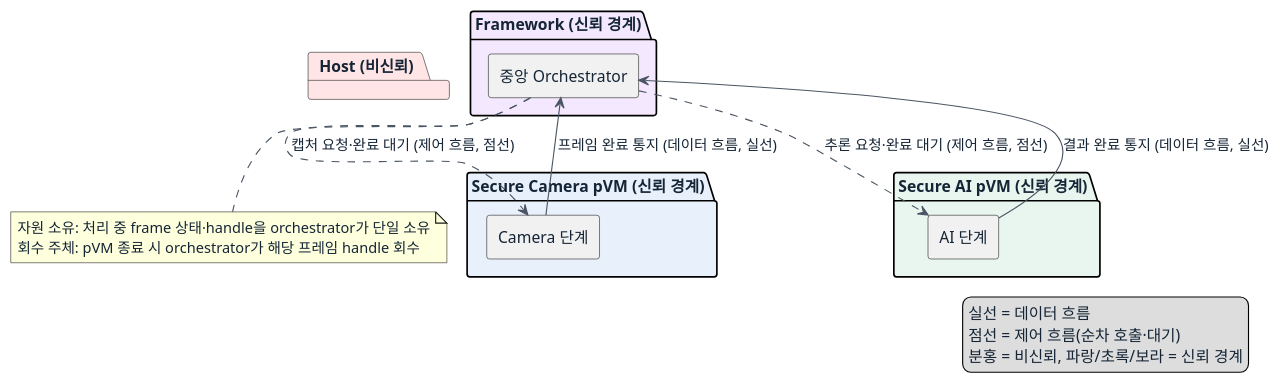
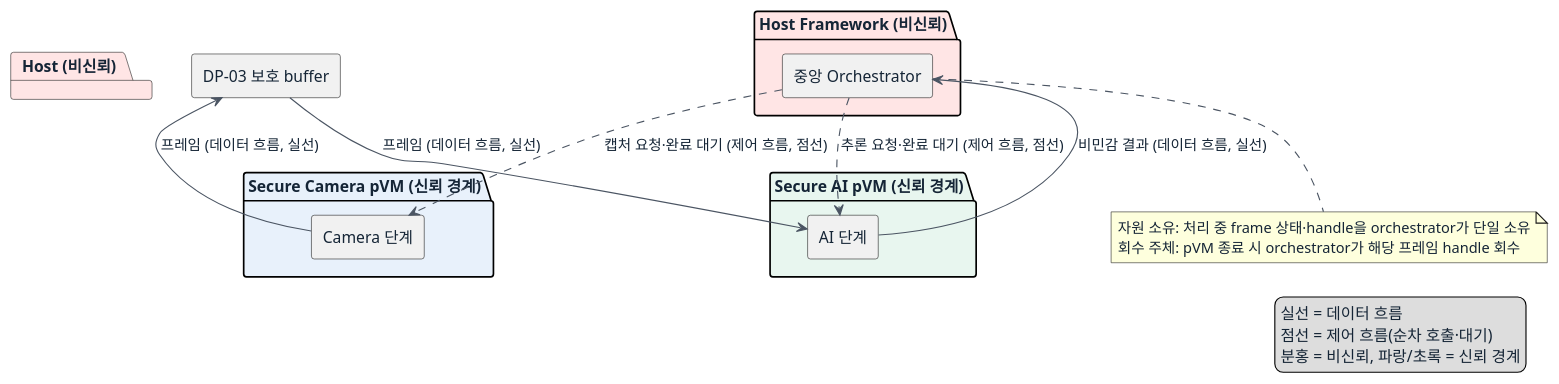
Before and after one commit to boram1288/test-p: the first of 2 diagrams in docs-dp/DP-10.md, drawn with PlantUML. The commit also changed other lines of this file and 13 other files, not shown here.

Commit message:
Document all architecture decision points

````diff
--- a/docs-dp/DP-10.md
+++ b/docs-dp/DP-10.md
@@ -49,39 +49,41 @@
 ```plantuml
 @startuml
 skinparam shadowing false
 skinparam componentStyle rectangle
 skinparam ArrowColor #4B5563
 skinparam defaultFontColor #152536
 
 package "Host (비신뢰)" #FFE5E5 {
 }
 
-package "Framework (신뢰 경계)" #F3E8FD {
+package "Host Framework (비신뢰)" #FFE5E5 {
   [중앙 Orchestrator] as Orc
 }
 
 package "Secure Camera pVM (신뢰 경계)" #E8F1FB {
   [Camera 단계] as Cam
 }
 
 package "Secure AI pVM (신뢰 경계)" #E8F6EF {
   [AI 단계] as AI
 }
 
 Orc ..> Cam : 캡처 요청·완료 대기 (제어 흐름, 점선)
-Cam -down-> Orc : 프레임 완료 통지 (데이터 흐름, 실선)
 Orc ..> AI : 추론 요청·완료 대기 (제어 흐름, 점선)
-AI -down-> Orc : 결과 완료 통지 (데이터 흐름, 실선)
+[DP-03 보호 buffer] as Buf
+Cam -down-> Buf : 프레임 (데이터 흐름, 실선)
+Buf -down-> AI : 프레임 (데이터 흐름, 실선)
+AI -down-> Orc : 비민감 결과 (데이터 흐름, 실선)
 
 note bottom of Orc
   자원 소유: 처리 중 frame 상태·handle을 orchestrator가 단일 소유
   회수 주체: pVM 종료 시 orchestrator가 해당 프레임 handle 회수
 end note
 
 legend right
   실선 = 데이터 흐름
   점선 = 제어 흐름(순차 호출·대기)
-  분홍 = 비신뢰, 파랑/초록/보라 = 신뢰 경계
+  분홍 = 비신뢰, 파랑/초록 = 신뢰 경계
 endlegend
 @enduml
 ```
````
